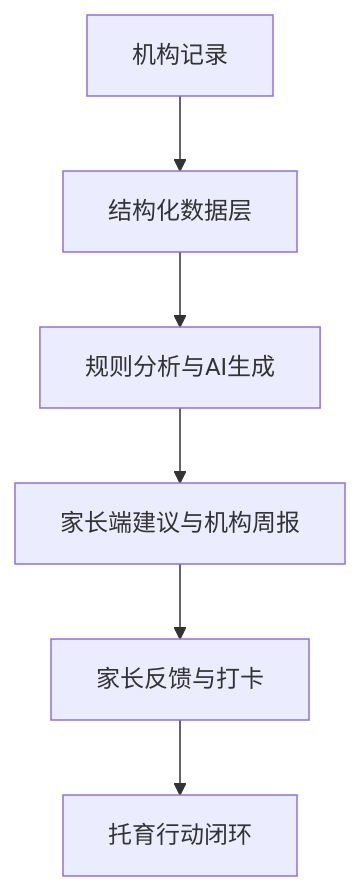
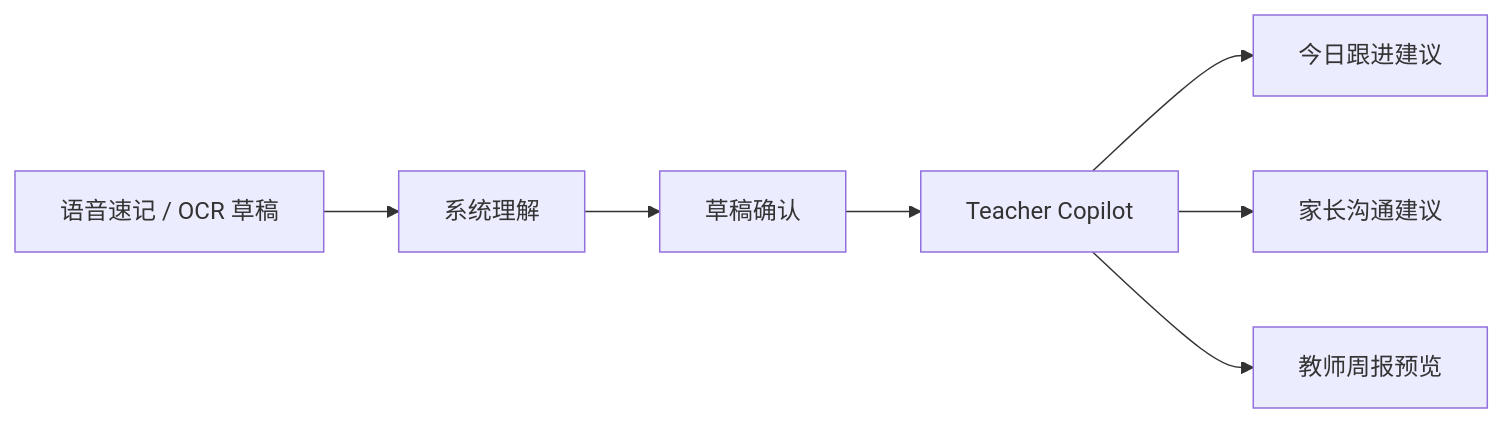
The third of 6 diagrams in README.md (VictorMaxWang/childcare-smart), drawn with Mermaid before and after one commit. The commit also changed other lines of this file and 619 other files, not shown here.

````diff
--- a/README.md
+++ b/README.md
@@ -202,8 +171,9 @@
 ```mermaid
-graph TD
-    A[机构记录] --> B[结构化数据层]
-    B --> C[规则分析与AI生成]
-    C --> D[家长端建议与机构周报]
-    D --> E[家长反馈与打卡]
-    E --> F[托育行动闭环]
+flowchart LR
+  A["语音速记 / OCR 草稿"] --> B["系统理解"]
+  B --> C["草稿确认"]
+  C --> D["Teacher Copilot"]
+  D --> E["今日跟进建议"]
+  D --> F["家长沟通建议"]
+  D --> G["教师周报预览"]
 ```
````
